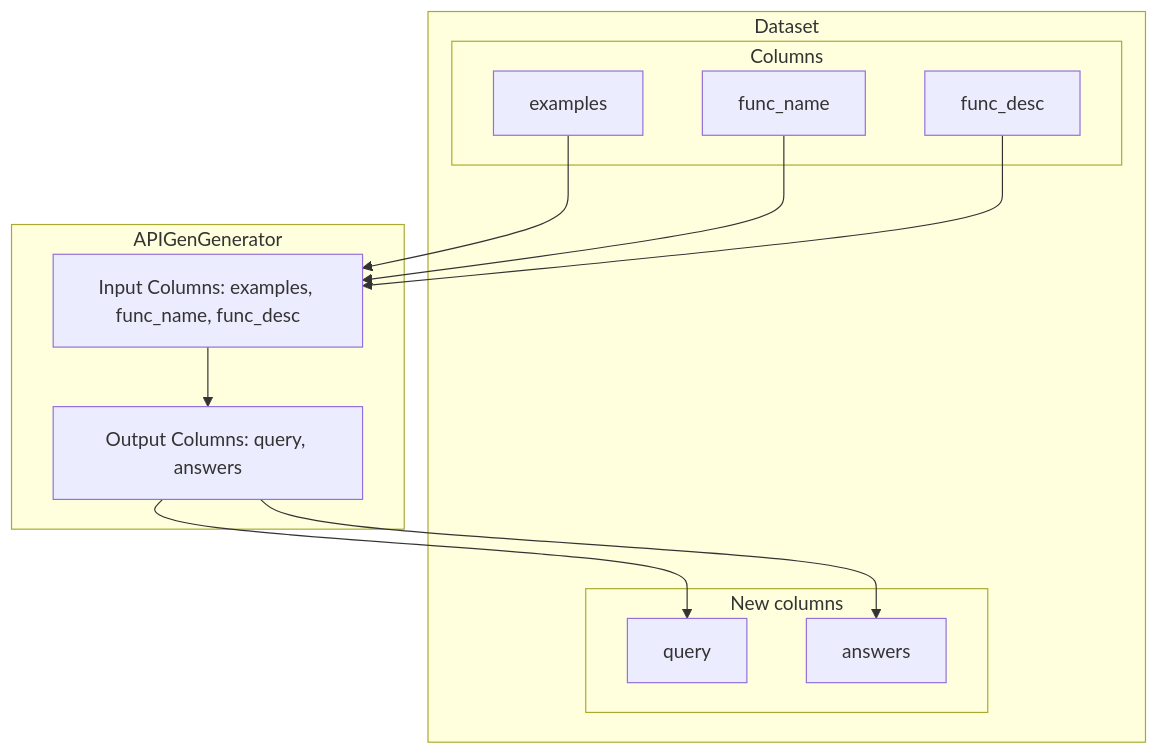
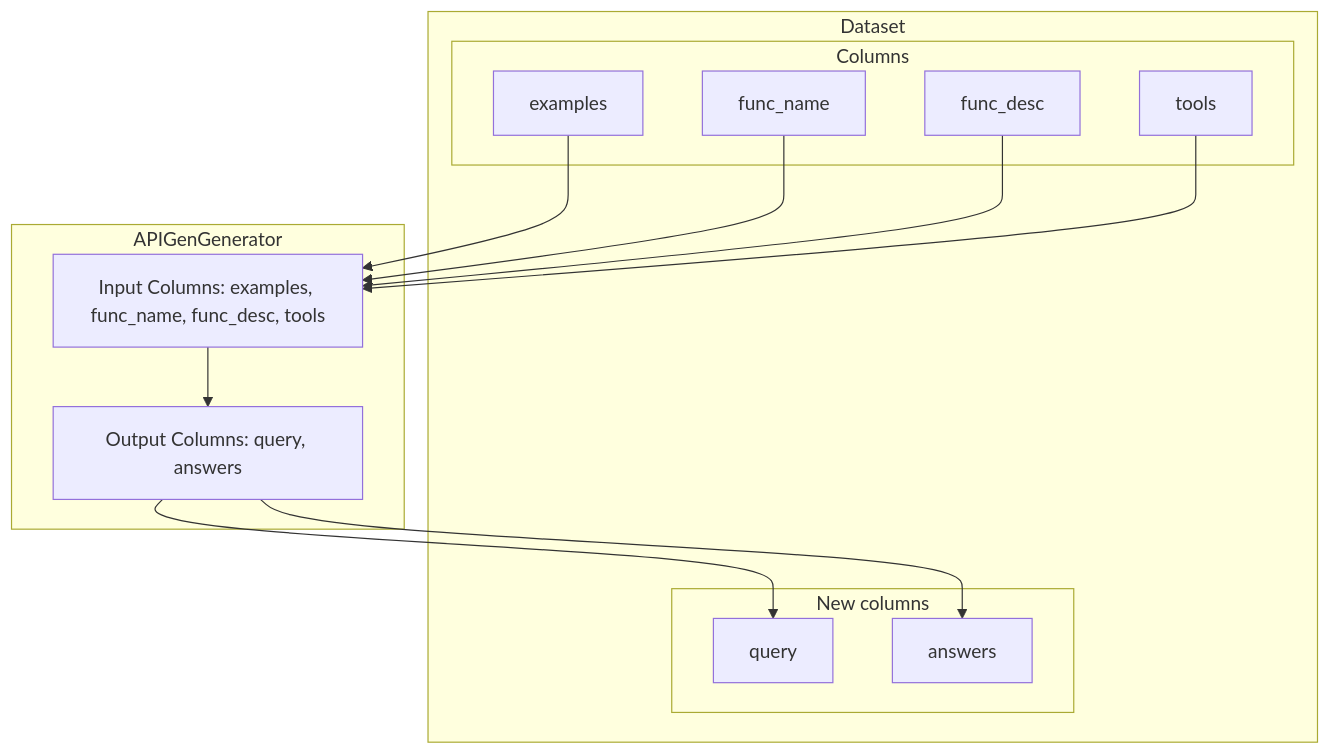
Before and after one commit to argilla-io/distilabel: the diagram in pr-925/components-gallery/tasks/apigengenerator.md, drawn with Mermaid. The commit also changed other lines of this file and 162 other files, not shown here.

````diff
--- a/pr-925/components-gallery/tasks/apigengenerator.md
+++ b/pr-925/components-gallery/tasks/apigengenerator.md
@@ -35,27 +35,29 @@
 ``` mermaid
 graph TD
 	subgraph Dataset
 		subgraph Columns
 			ICOL0[examples]
 			ICOL1[func_name]
 			ICOL2[func_desc]
+			ICOL3[tools]
 		end
 		subgraph New columns
 			OCOL0[query]
 			OCOL1[answers]
 		end
 	end
 
 	subgraph APIGenGenerator
-		StepInput[Input Columns: examples, func_name, func_desc]
+		StepInput[Input Columns: examples, func_name, func_desc, tools]
 		StepOutput[Output Columns: query, answers]
 	end
 
 	ICOL0 --> StepInput
 	ICOL1 --> StepInput
 	ICOL2 --> StepInput
+	ICOL3 --> StepInput
 	StepOutput --> OCOL0
 	StepOutput --> OCOL1
 	StepInput --> StepOutput
 
 ```
````
